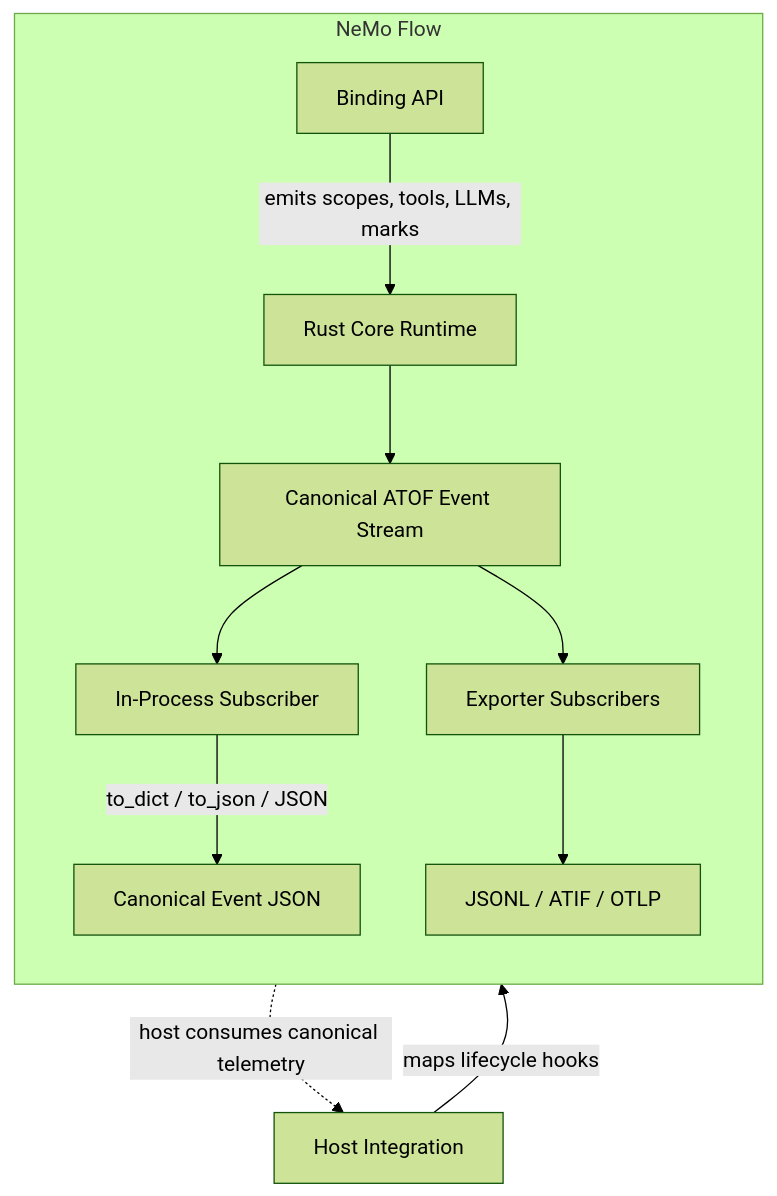
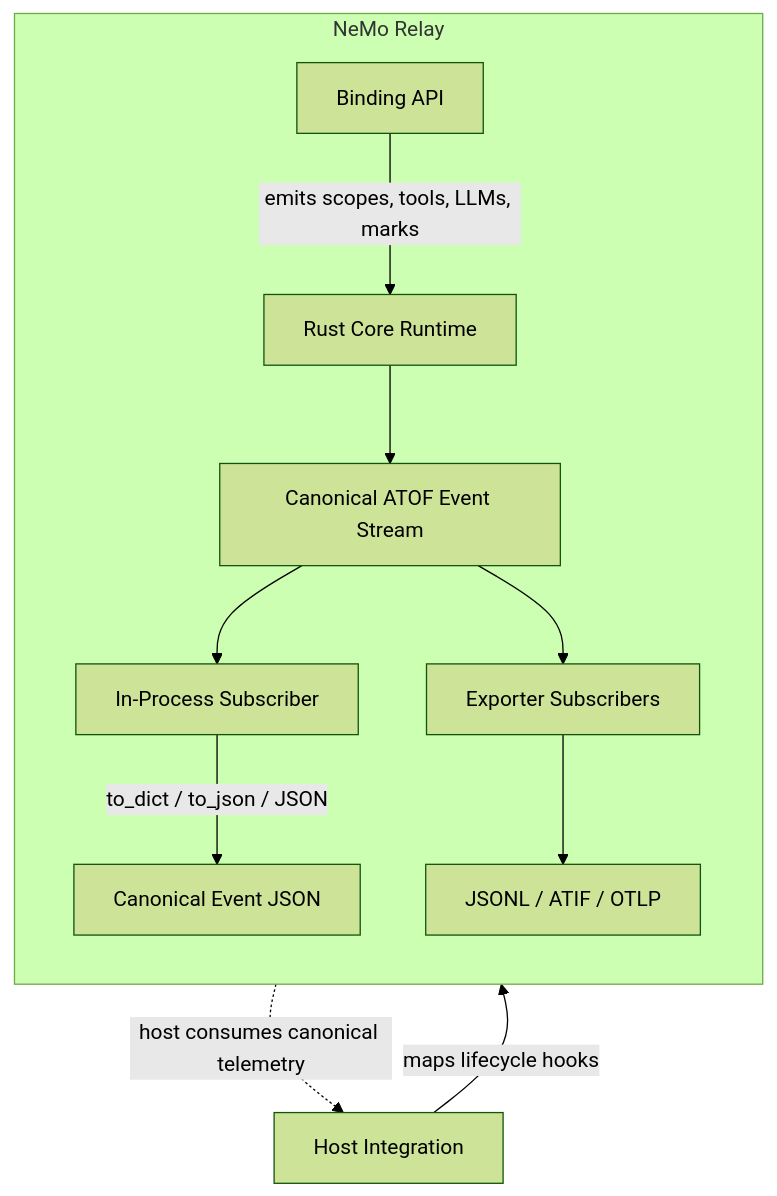
Before and after one commit to NVIDIA/NeMo-Relay: the diagram in docs/about/concepts/subscribers.md, drawn with Mermaid (forest theme). The commit also changed other lines of this file and 715 other files, not shown here.

````diff
--- a/docs/about/concepts/subscribers.md
+++ b/docs/about/concepts/subscribers.md
@@ -78,25 +78,25 @@
 ```{mermaid}
 flowchart
     Host[Host Integration]
 
-    subgraph NeMoFlow[NeMo Flow]
+    subgraph NeMoFlow[NeMo Relay]
         direction TB
         Binding[Binding API]
         Core[Rust Core Runtime]
         Events[Canonical ATOF Event Stream]
         Observer[In-Process Subscriber]
         Json[Canonical Event JSON]
         Exporters[Exporter Subscribers]
         Backends[JSONL / ATIF / OTLP]
 
         Binding -->|emits scopes, tools, LLMs, marks| Core
         Core --> Events
         Events --> Observer
         Observer -->|to_dict / to_json / JSON| Json
         Events --> Exporters
         Exporters --> Backends
     end
 
     Host -->|maps lifecycle hooks| Binding
     Json -. host consumes canonical telemetry .-> Host
 ```
````
